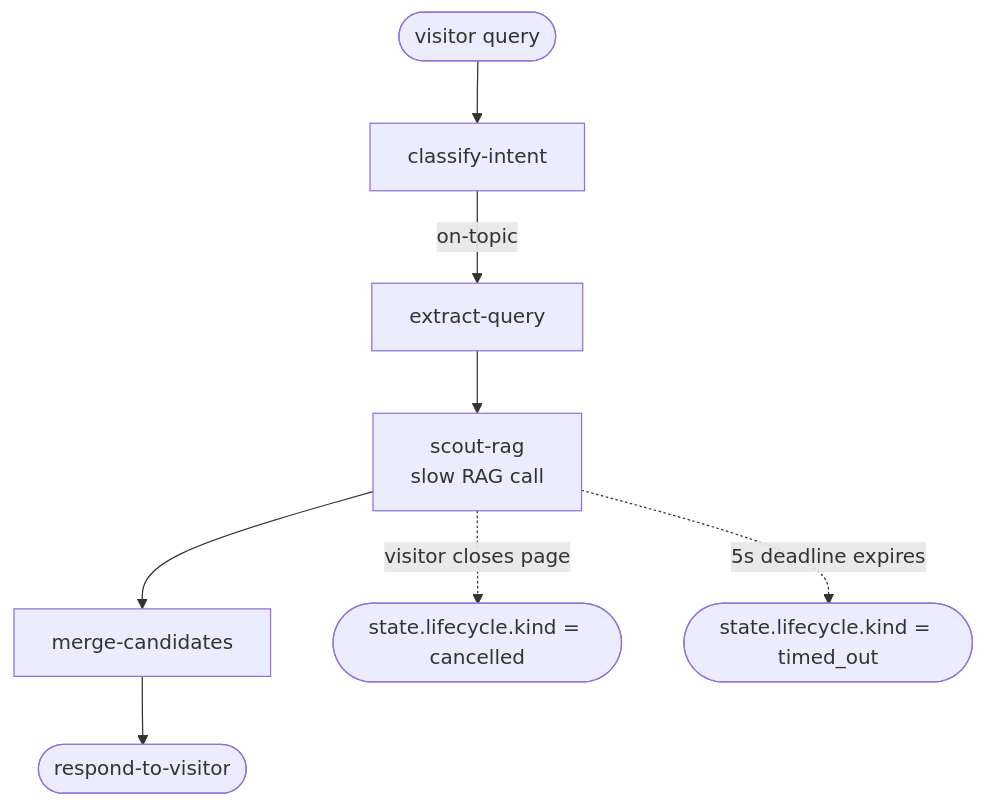
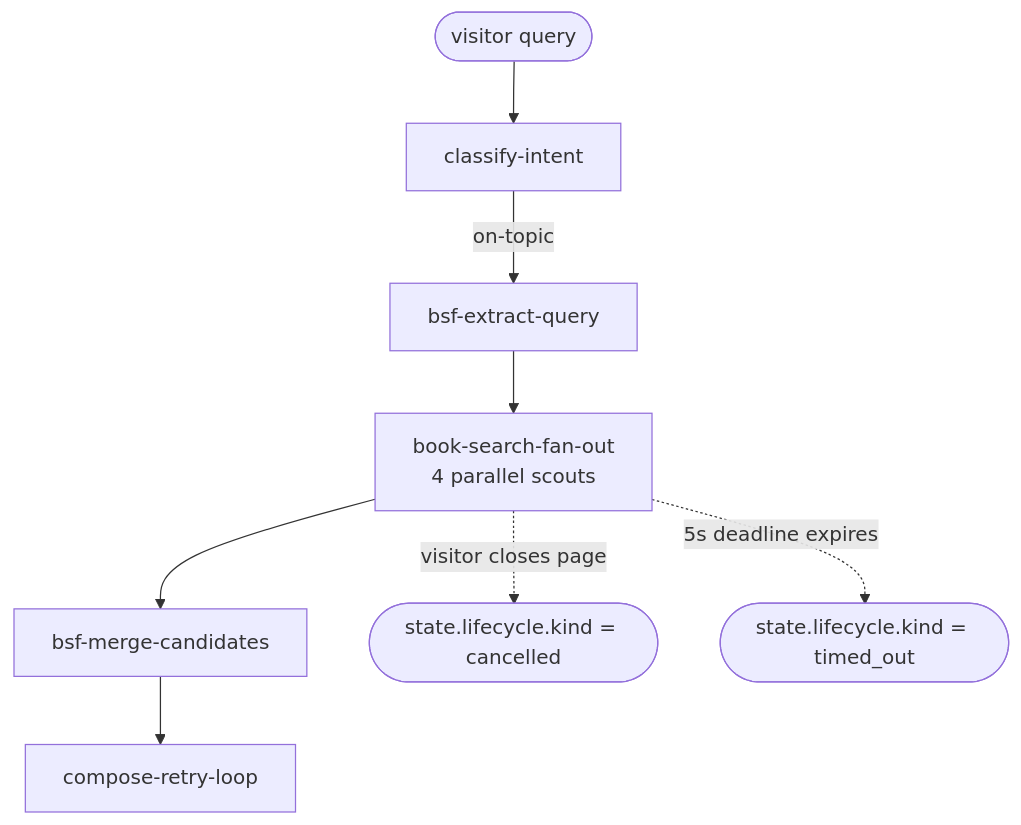
The diagram in docs/examples/04-cancellation.md (Studnicky/Dagonizer), drawn with Mermaid before and after one commit. The commit also changed other lines of this file and 26 other files, not shown here.

````diff
--- a/docs/examples/04-cancellation.md
+++ b/docs/examples/04-cancellation.md
@@ -12,18 +12,18 @@
 ```mermaid
 flowchart TB
   start([visitor query])
   classify[classify-intent]
-  extract[extract-query]
-  scout[scout-rag\nslow RAG call]
-  merge[merge-candidates]
-  respond([respond-to-visitor])
+  extract[bsf-extract-query]
+  scout[book-search-fan-out\n4 parallel scouts]
+  merge[bsf-merge-candidates]
+  compose[compose-retry-loop]
   cancelled([state.lifecycle.kind = cancelled])
   timedOut([state.lifecycle.kind = timed_out])
   start --> classify
   classify -->|on-topic| extract
   extract --> scout
   scout -. visitor closes page .-> cancelled
   scout -. 5s deadline expires .-> timedOut
   scout --> merge
-  merge --> respond
+  merge --> compose
 ```
````
